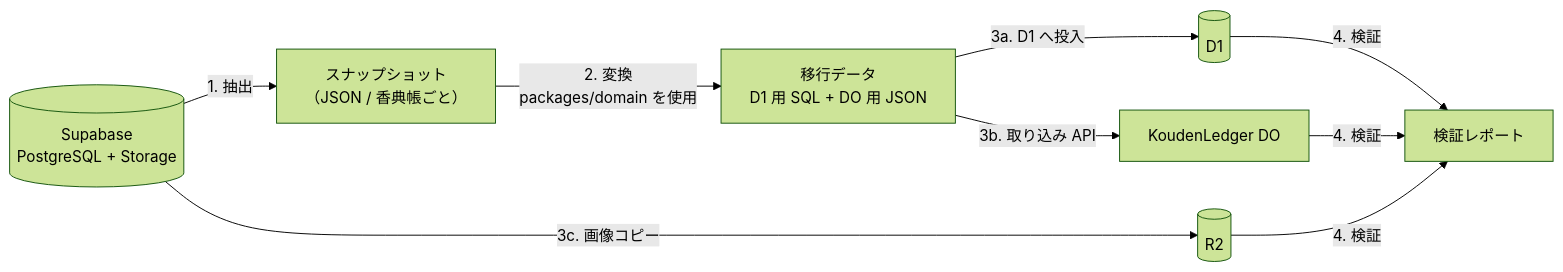
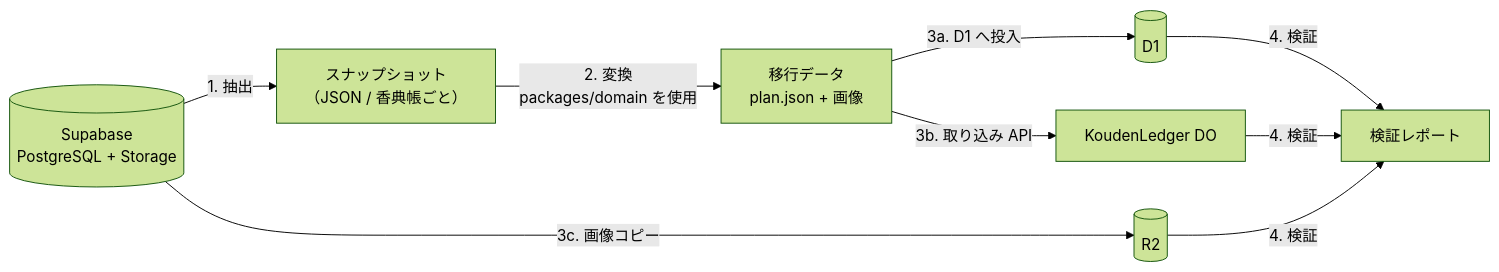
The diagram in docs/rebuild/05-migration-plan.md (otomatty/kouden), drawn with Mermaid (forest theme) before and after one commit. The commit also changed other lines of this file and 22 other files, not shown here.

````diff
--- a/docs/rebuild/05-migration-plan.md
+++ b/docs/rebuild/05-migration-plan.md
@@ -23,9 +23,9 @@
 ```mermaid
 flowchart LR
   sb[("Supabase<br/>PostgreSQL + Storage")] -->|1. 抽出| snap["スナップショット<br/>（JSON / 香典帳ごと）"]
-  snap -->|2. 変換<br/>packages/domain を使用| plan["移行データ<br/>D1 用 SQL + DO 用 JSON"]
+  snap -->|2. 変換<br/>packages/domain を使用| plan["移行データ<br/>plan.json + 画像"]
   plan -->|3a. D1 へ投入| d1[("D1")]
   plan -->|3b. 取り込み API| do["KoudenLedger DO"]
   sb -->|3c. 画像コピー| r2[("R2")]
   d1 & do & r2 -->|4. 検証| report["検証レポート"]
 ```
````
